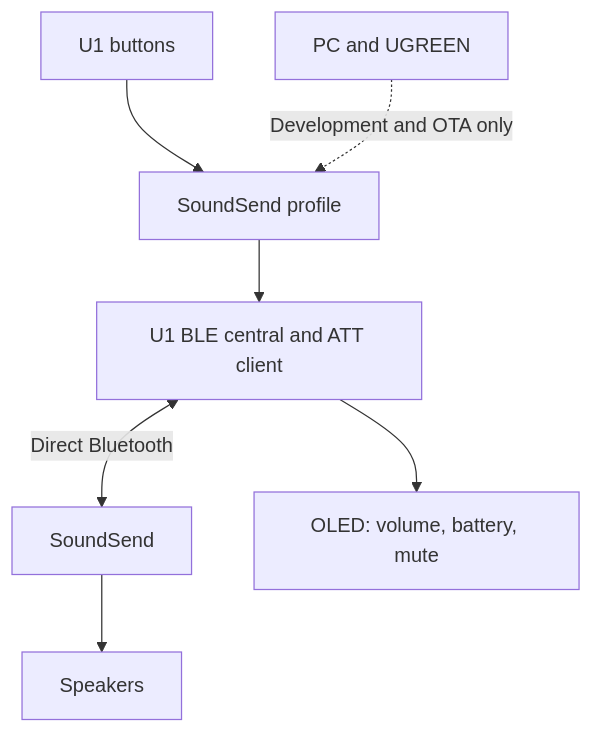
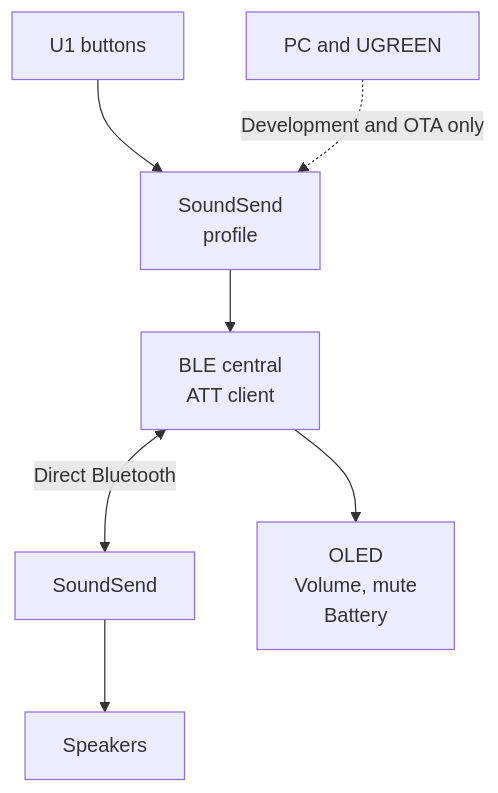
One commit to dliratx/sofabaton-u1-soundsend changed the diagram in README.md. Above: the diagram before and after it, drawn with Mermaid.

Commit message:
Wrap diagram labels for GitHub rendering

````diff
--- a/README.md
+++ b/README.md
@@ -15,9 +15,9 @@
 ```mermaid
 flowchart TD
-    K[U1 buttons] --> P[SoundSend profile]
-    P --> C[U1 BLE central and ATT client]
+    K[U1 buttons] --> P["SoundSend<br/>profile"]
+    P --> C["BLE central<br/>ATT client"]
     C <-->|Direct Bluetooth| S[SoundSend]
     S --> A[Speakers]
-    C --> O[OLED: volume, battery, mute]
+    C --> O["OLED<br/>Volume, mute<br/>Battery"]
     D[PC and UGREEN] -. Development and OTA only .-> P
 ```
````
